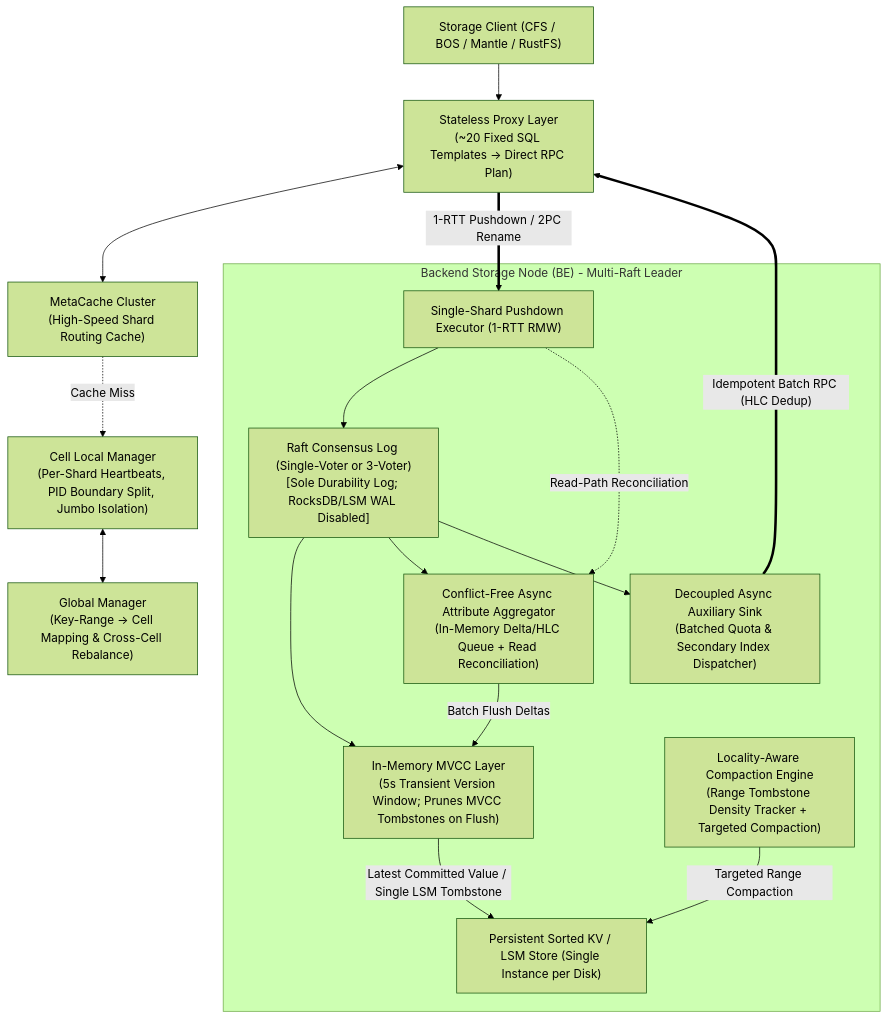
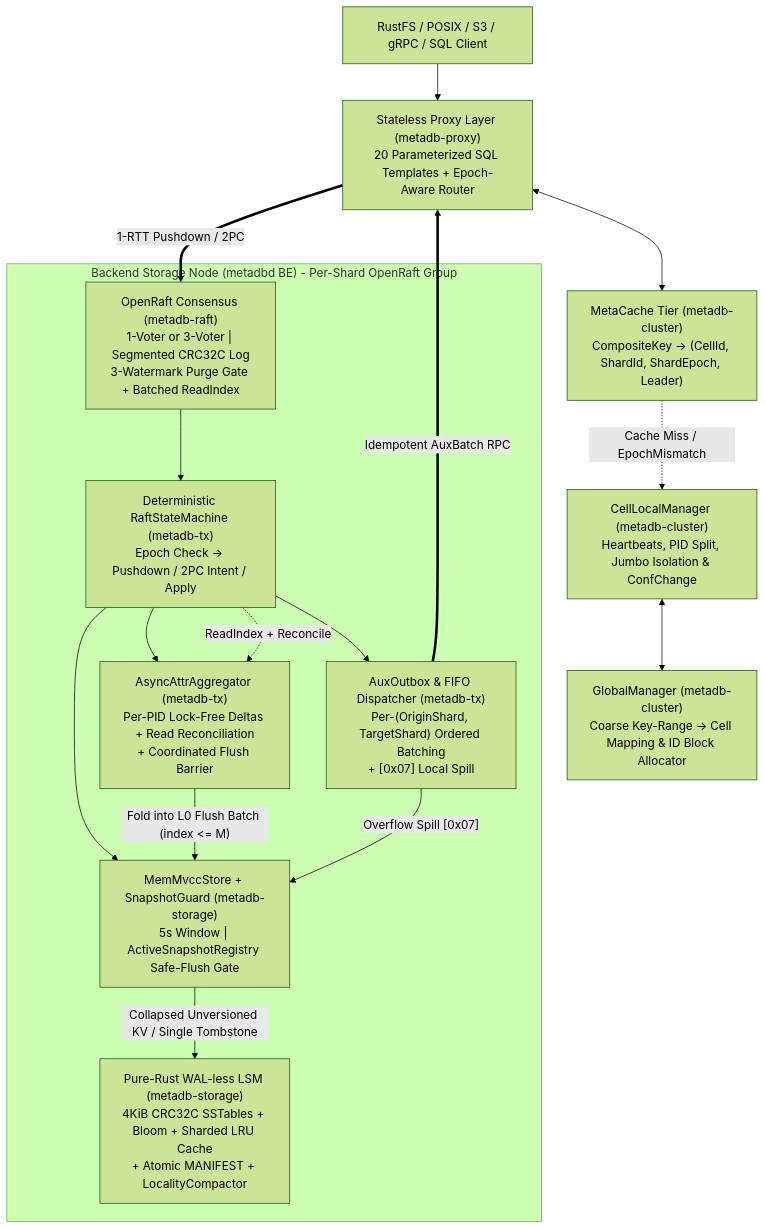
One commit to rustfs/MetaDB changed the diagram in Architecture.md. Above: the diagram before and after it, drawn with Mermaid (forest theme). The commit also changed other lines of this file and 31 other files, not shown here.

First line of the commit message:
docs: complete Phase 0 architecture, EGM specs, Goldfish review, and 5-language guides

````diff
--- a/Architecture.md
+++ b/Architecture.md
@@ -88,33 +81,32 @@
 ```mermaid
 flowchart TB
-    Client["Storage Client (CFS / BOS / Mantle / RustFS)"]
-    Proxy["Stateless Proxy Layer\n(~20 Fixed SQL Templates -> Direct RPC Plan)"]
-    MetaCache["MetaCache Cluster\n(High-Speed Shard Routing Cache)"]
-    GM["Global Manager\n(Key-Range -> Cell Mapping & Cross-Cell Rebalance)"]
-    CLM["Cell Local Manager\n(Per-Shard Heartbeats, PID Boundary Split, Jumbo Isolation)"]
+    Client["RustFS / POSIX / S3 / gRPC / SQL Client"]
+    Proxy["Stateless Proxy Layer (metadb-proxy)\n20 Parameterized SQL Templates + Epoch-Aware Router"]
+    MetaCache["MetaCache Tier (metadb-cluster)\nCompositeKey -> (CellId, ShardId, ShardEpoch, Leader)"]
+    GM["GlobalManager (metadb-cluster)\nCoarse Key-Range -> Cell Mapping & ID Block Allocator"]
+    CLM["CellLocalManager (metadb-cluster)\nHeartbeats, PID Split, Jumbo Isolation & ConfChange"]
 
-    subgraph BE["Backend Storage Node (BE) - Multi-Raft Leader"]
-        Raft["Raft Consensus Log (Single-Voter or 3-Voter)\n[Sole Durability Log; RocksDB/LSM WAL Disabled]"]
-        Pushdown["Single-Shard Pushdown Executor (1-RTT RMW)"]
-        AttrAgg["Conflict-Free Async Attribute Aggregator\n(In-Memory Delta/HLC Queue + Read Reconciliation)"]
-        AuxSink["Decoupled Async Auxiliary Sink\n(Batched Quota & Secondary Index Dispatcher)"]
-        MemMVCC["In-Memory MVCC Layer\n(5s Transient Version Window; Prunes MVCC Tombstones on Flush)"]
-        LocComp["Locality-Aware Compaction Engine\n(Range Tombstone Density Tracker + Targeted Compaction)"]
-        LSM["Persistent Sorted KV / LSM Store (Single Instance per Disk)"]
+    subgraph BE["Backend Storage Node (metadbd BE) - Per-Shard OpenRaft Group"]
+        Raft["OpenRaft Consensus (metadb-raft)\n1-Voter or 3-Voter | Segmented CRC32C Log\n3-Watermark Purge Gate + Batched ReadIndex"]
+        SM["Deterministic RaftStateMachine (metadb-tx)\nEpoch Check -> Pushdown / 2PC Intent / Apply"]
+        AttrAgg["AsyncAttrAggregator (metadb-tx)\nPer-PID Lock-Free Deltas + Read Reconciliation\n+ Coordinated Flush Barrier"]
+        Outbox["AuxOutbox & FIFO Dispatcher (metadb-tx)\nPer-(OriginShard, TargetShard) Ordered Batching\n+ [0x07] Local Spill"]
+        MVCC["MemMvccStore + SnapshotGuard (metadb-storage)\n5s Window | ActiveSnapshotRegistry Safe-Flush Gate"]
+        LSM["Pure-Rust WAL-less LSM (metadb-storage)\n4KiB CRC32C SSTables + Bloom + Sharded LRU Cache\n+ Atomic MANIFEST + LocalityCompactor"]
     end
 
     Client --> Proxy
     Proxy <--> MetaCache
-    MetaCache -. "Cache Miss" .-> CLM
+    MetaCache -. "Cache Miss / EpochMismatch" .-> CLM
     CLM <--> GM
-    Proxy == "1-RTT Pushdown / 2PC Rename" ==> Pushdown
-    Pushdown --> Raft
-    Raft --> MemMVCC
-    Raft --> AttrAgg
-    Raft --> AuxSink
-    AttrAgg -- "Batch Flush Deltas" --> MemMVCC
-    Pushdown -. "Read-Path Reconciliation" .-> AttrAgg
-    MemMVCC -- "Latest Committed Value / Single LSM Tombstone" --> LSM
-    LocComp -- "Targeted Range Compaction" --> LSM
-    AuxSink == "Idempotent Batch RPC (HLC Dedup)" ==> Proxy
+    Proxy == "1-RTT Pushdown / 2PC" ==> Raft
+    Raft --> SM
+    SM --> MVCC
+    SM --> AttrAgg
+    SM --> Outbox
+    SM -. "ReadIndex + Reconcile" .-> AttrAgg
+    AttrAgg -- "Fold into L0 Flush Batch (index <= M)" --> MVCC
+    Outbox -- "Overflow Spill [0x07]" --> MVCC
+    MVCC -- "Collapsed Unversioned KV / Single Tombstone" --> LSM
+    Outbox == "Idempotent AuxBatch RPC" ==> Proxy
 ```
````
